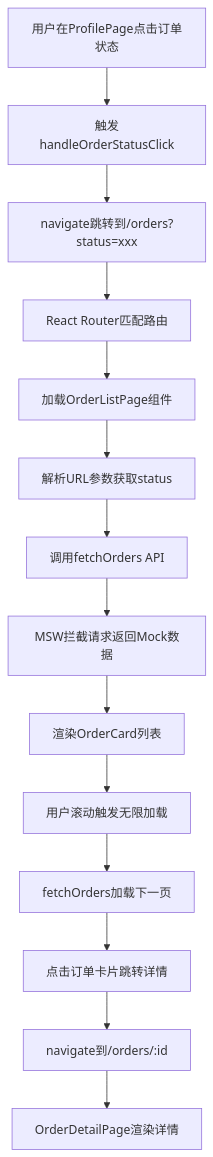
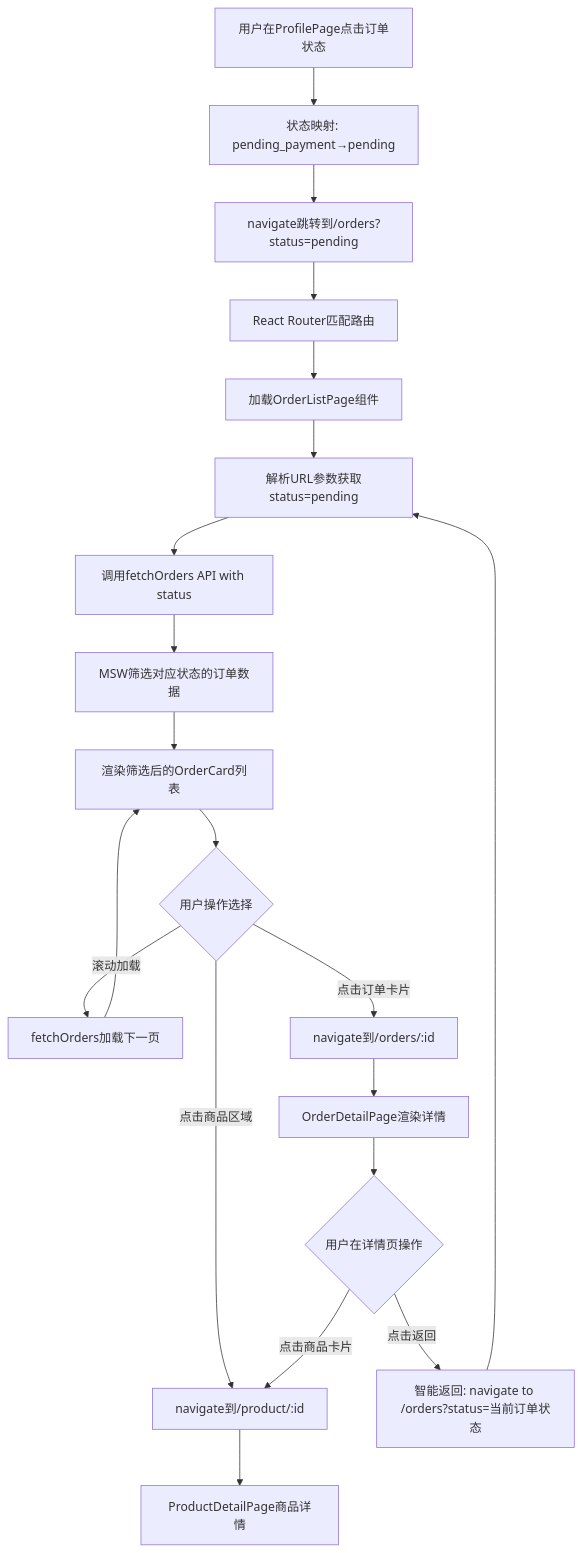
The first of 3 diagrams in docs/tutorial/how-order-management-works.md (ubuntutester202/wechat-shop), drawn with Mermaid before and after one commit. The commit also changed other lines of this file and 3 other files, not shown here.

````diff
--- a/docs/tutorial/how-order-management-works.md
+++ b/docs/tutorial/how-order-management-works.md
@@ -53,16 +60,22 @@
 ```mermaid
 flowchart TD
-    A[用户在ProfilePage点击订单状态] --> B[触发handleOrderStatusClick]
-    B --> C[navigate跳转到/orders?status=xxx]
+    A[用户在ProfilePage点击订单状态] --> B[状态映射: pending_payment→pending]
+    B --> C[navigate跳转到/orders?status=pending]
     C --> D[React Router匹配路由]
     D --> E[加载OrderListPage组件]
-    E --> F[解析URL参数获取status]
-    F --> G[调用fetchOrders API]
-    G --> H[MSW拦截请求返回Mock数据]
-    H --> I[渲染OrderCard列表]
-    I --> J[用户滚动触发无限加载]
-    J --> K[fetchOrders加载下一页]
-    K --> L[点击订单卡片跳转详情]
-    L --> M[navigate到/orders/:id]
-    M --> N[OrderDetailPage渲染详情]
+    E --> F[解析URL参数获取status=pending]
+    F --> G[调用fetchOrders API with status]
+    G --> H[MSW筛选对应状态的订单数据]
+    H --> I[渲染筛选后的OrderCard列表]
+    I --> J{用户操作选择}
+    J -->|滚动加载| K[fetchOrders加载下一页]
+    J -->|点击订单卡片| L[navigate到/orders/:id]
+    J -->|点击商品区域| M[navigate到/product/:id]
+    K --> I
+    L --> N[OrderDetailPage渲染详情]
+    M --> O[ProductDetailPage商品详情]
+    N --> P{用户在详情页操作}
+    P -->|点击返回| Q[智能返回: navigate to /orders?status=当前订单状态]
+    P -->|点击商品卡片| M
+    Q --> F
 ```
````
